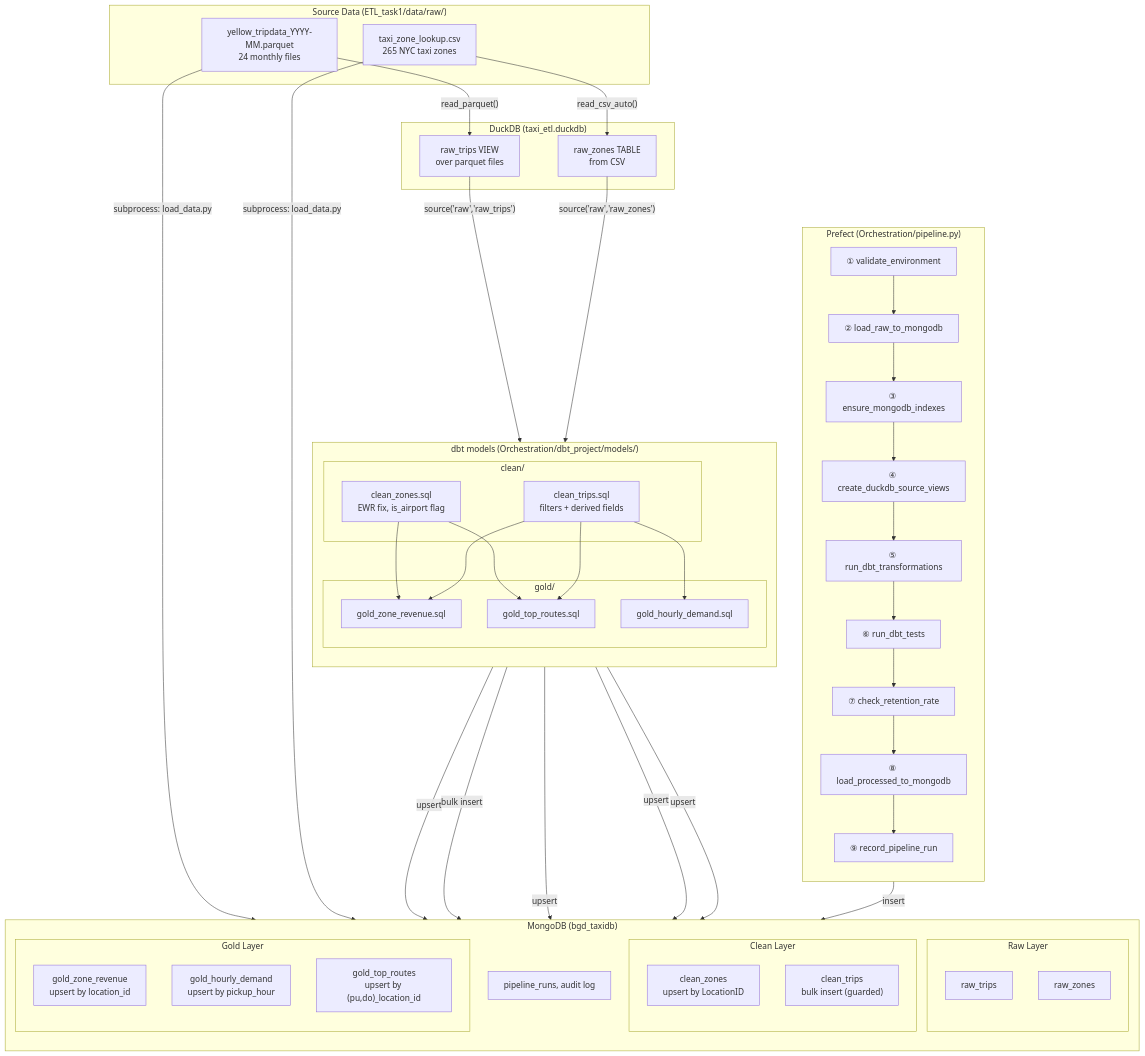
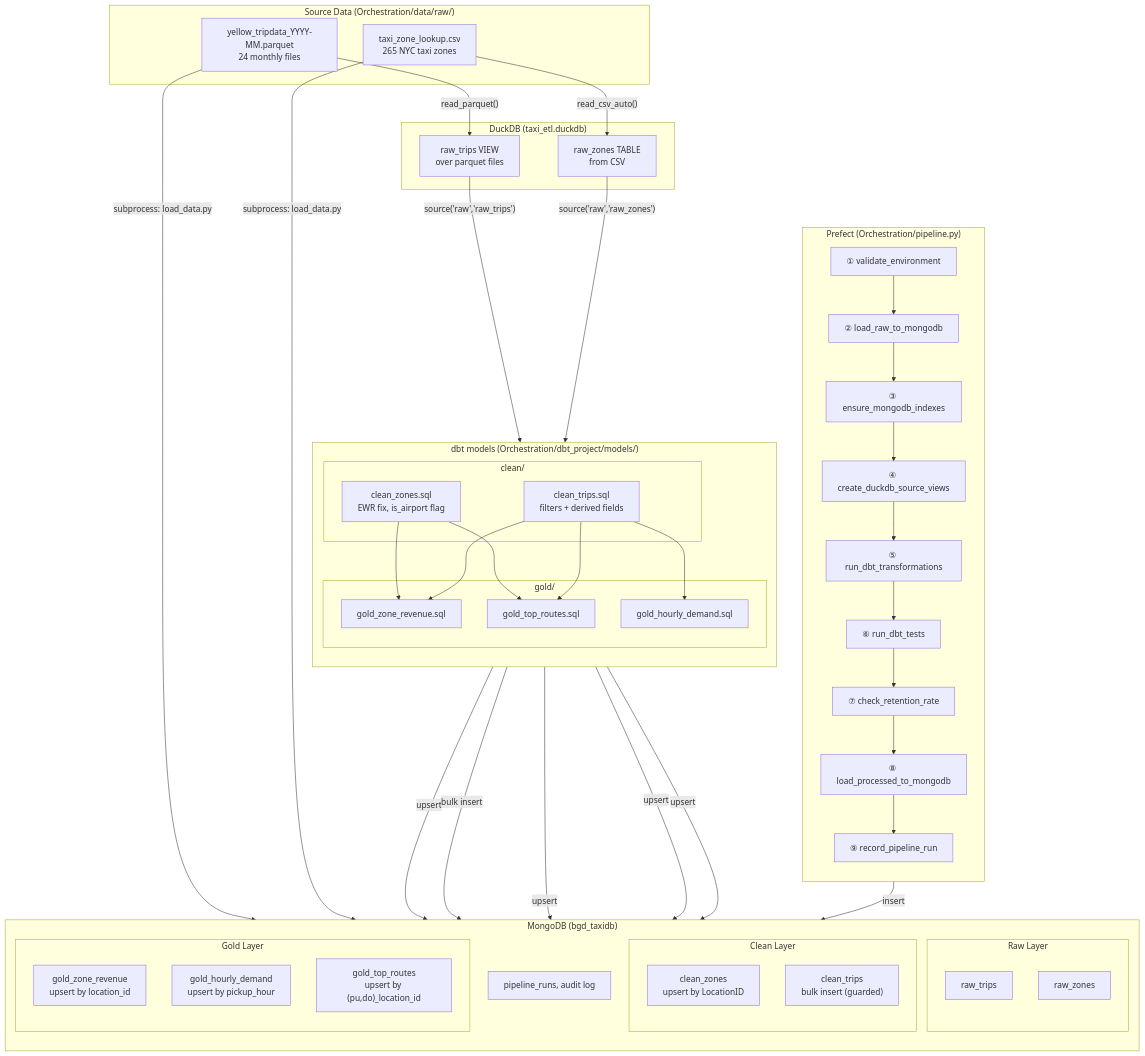
Before and after one commit to SunWay1/BGD: the diagram in Orchestration/architecture.md, drawn with Mermaid. The commit also changed 14 other files, not shown here.

````diff
--- a/Orchestration/architecture.md
+++ b/Orchestration/architecture.md
@@ -16,79 +16,79 @@
 ```mermaid
 flowchart TD
-    subgraph SRC["Source Data  (ETL_task1/data/raw/)"]
+    subgraph SRC["Source Data  (Orchestration/data/raw/)"]
         P["yellow_tripdata_YYYY-MM.parquet\n24 monthly files"]
         Z["taxi_zone_lookup.csv\n265 NYC taxi zones"]
     end
 
     subgraph ORCH["Prefect  (Orchestration/pipeline.py)"]
         direction TB
         T1["① validate_environment"]
         T2["② load_raw_to_mongodb"]
         T3["③ ensure_mongodb_indexes"]
         T4["④ create_duckdb_source_views"]
         T5["⑤ run_dbt_transformations"]
         T6["⑥ run_dbt_tests"]
         T7["⑦ check_retention_rate"]
         T8["⑧ load_processed_to_mongodb"]
         T9["⑨ record_pipeline_run"]
 
         T1 --> T2 --> T3 --> T4 --> T5 --> T6 --> T7 --> T8 --> T9
     end
 
     subgraph DBT["dbt models  (Orchestration/dbt_project/models/)"]
         direction TB
         subgraph CLEAN["clean/"]
             CZ["clean_zones.sql\nEWR fix, is_airport flag"]
             CT["clean_trips.sql\nfilters + derived fields"]
         end
         subgraph GOLD["gold/"]
             GZR["gold_zone_revenue.sql"]
             GHD["gold_hourly_demand.sql"]
             GTR["gold_top_routes.sql"]
         end
 
         CZ --> GZR
         CZ --> GTR
         CT --> GZR
         CT --> GHD
         CT --> GTR
     end
 
     subgraph DUCK["DuckDB  (taxi_etl.duckdb)"]
         RTV["raw_trips VIEW\nover parquet files"]
         RTB["raw_zones TABLE\nfrom CSV"]
     end
 
     subgraph MONGO["MongoDB  (bgd_taxidb)"]
         direction TB
         subgraph RAW["Raw Layer"]
             MRT["raw_trips"]
             MRZ["raw_zones"]
         end
         subgraph CLN["Clean Layer"]
             MCZ["clean_zones\nupsert by LocationID"]
             MCT["clean_trips\nbulk insert (guarded)"]
         end
         subgraph GLD["Gold Layer"]
             MGZR["gold_zone_revenue\nupsert by location_id"]
             MGHD["gold_hourly_demand\nupsert by pickup_hour"]
             MGTR["gold_top_routes\nupsert by (pu,do)_location_id"]
         end
         MPR["pipeline_runs, audit log"]
     end
 
     P -- "read_parquet()" --> RTV
     Z -- "read_csv_auto()" --> RTB
     RTV -- "source('raw','raw_trips')" --> CT
     RTB -- "source('raw','raw_zones')" --> CZ
 
     P -- "subprocess: load_data.py" --> MRT
     Z -- "subprocess: load_data.py" --> MRZ
 
     CZ -- "upsert" --> MCZ
     CT -- "bulk insert" --> MCT
     GZR -- "upsert" --> MGZR
     GHD -- "upsert" --> MGHD
     GTR -- "upsert" --> MGTR
     T9 -- "insert" --> MPR
 ```
````
